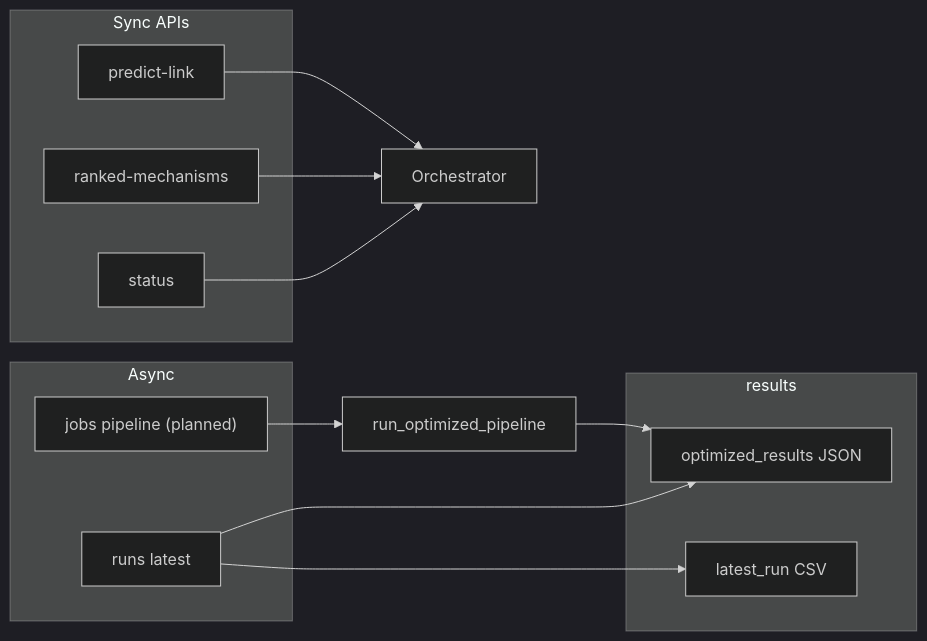
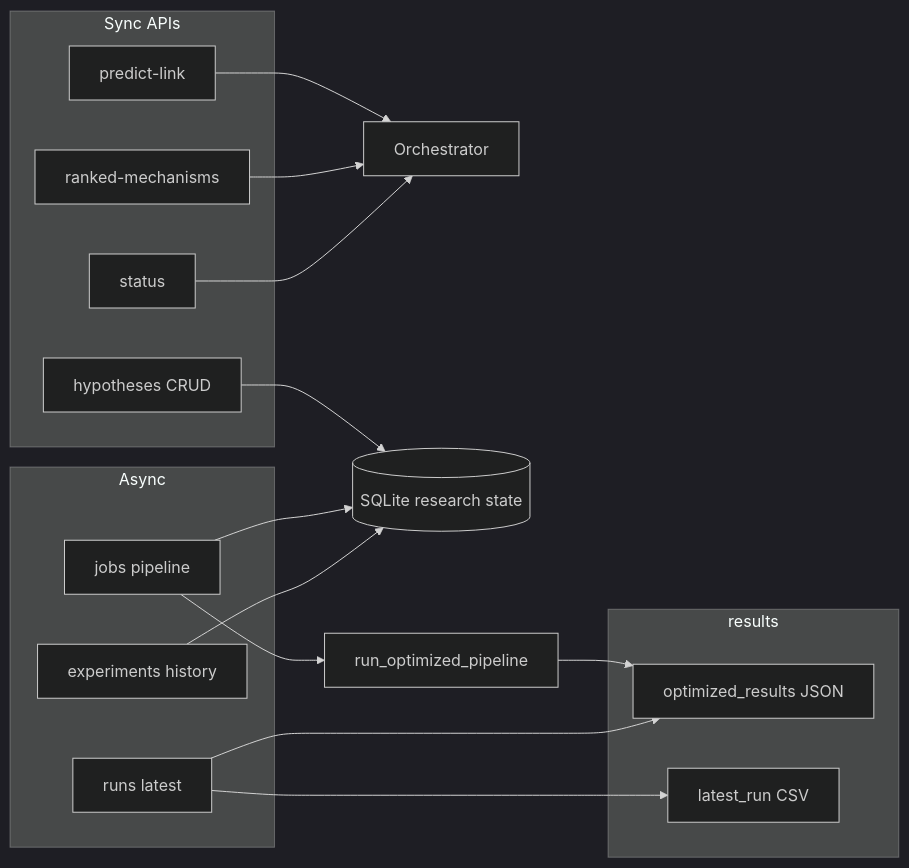
The diagram in docs/frontend/PIPELINE_UI_FLOW.md (iconbaypark2900/hybrid-qml-kg-poc), drawn with Mermaid (dark theme) before and after one commit. The commit also changed other lines of this file and 233 other files, not shown here.

````diff
--- a/docs/frontend/PIPELINE_UI_FLOW.md
+++ b/docs/frontend/PIPELINE_UI_FLOW.md
@@ -5,23 +5,28 @@
 ```mermaid
 flowchart LR
   subgraph sync [Sync APIs]
     P1[predict-link]
     P2[ranked-mechanisms]
     P3[status]
+    H[hypotheses CRUD]
   end
   subgraph async [Async]
-    J["jobs pipeline (planned)"]
+    J["jobs pipeline"]
+    E[experiments history]
     R[runs latest]
   end
   subgraph artifacts [results]
     F1[optimized_results JSON]
     F2[latest_run CSV]
   end
   P1 --> Orch[Orchestrator]
   P2 --> Orch
   P3 --> Orch
+  H --> DB[(SQLite research state)]
   J --> Pipeline[run_optimized_pipeline]
+  J --> DB
+  E --> DB
   Pipeline --> F1
   R --> F1
   R --> F2
 ```
````
